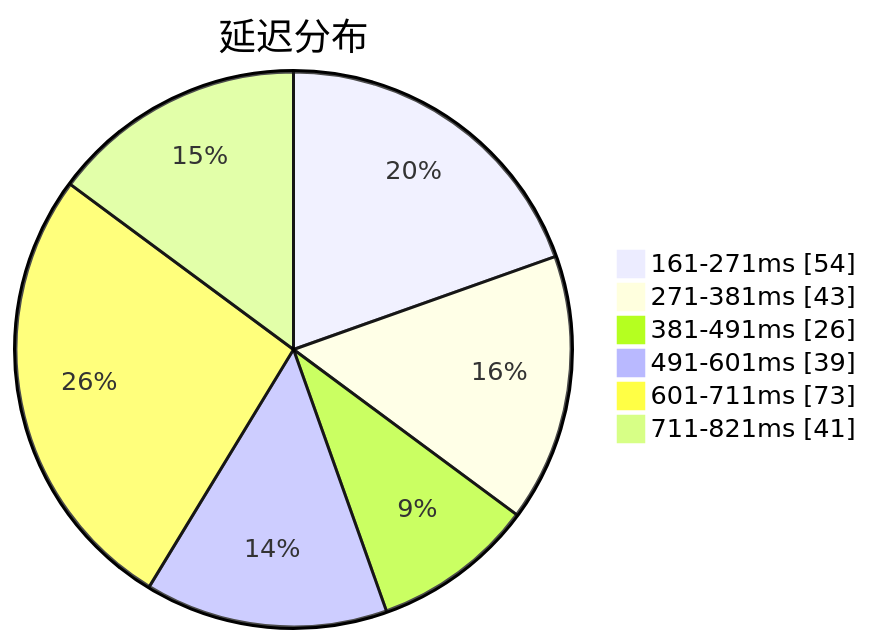
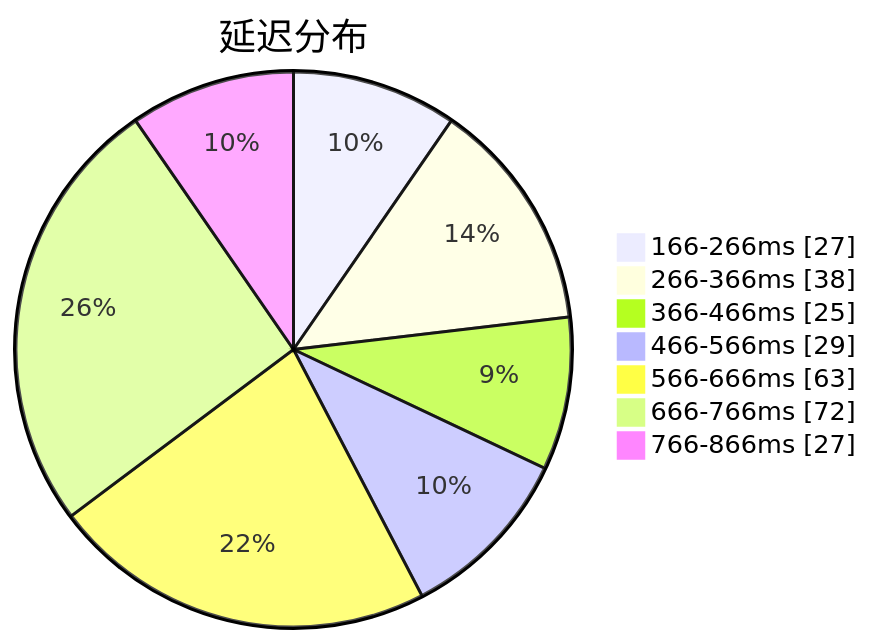
Before and after one commit to qjlxg/airport: the first of 3 diagrams in subs/statistics/tested_within.md, drawn with Mermaid. The commit also changed other lines of this file and 2 other files, not shown here.

````diff
--- a/subs/statistics/tested_within.md
+++ b/subs/statistics/tested_within.md
@@ -2,10 +2,11 @@
 ```mermaid
 pie showData
 title 延迟分布
-"161-271ms" : 54
-"271-381ms" : 43
-"381-491ms" : 26
-"491-601ms" : 39
-"601-711ms" : 73
-"711-821ms" : 41
+"166-266ms" : 27
+"266-366ms" : 38
+"366-466ms" : 25
+"466-566ms" : 29
+"566-666ms" : 63
+"666-766ms" : 72
+"766-866ms" : 27
 ```
````
